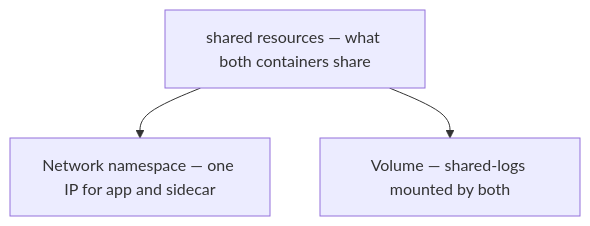
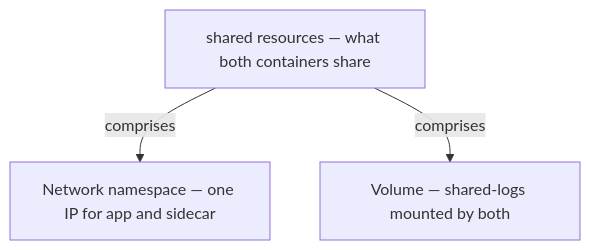
One commit to vinayakuber/microservices-io-study-guide changed the seventh of 13 diagrams in docs/ch42-sidecar.md. Above: the diagram before and after it, drawn with Mermaid. The commit also changed other lines of this file and 71 other files, not shown here.

First line of the commit message:
R18: label every diagram arrow with its meaning

````diff
--- a/docs/ch42-sidecar.md
+++ b/docs/ch42-sidecar.md
@@ -216,6 +216,6 @@
 ```mermaid
 flowchart TD
   R["shared resources — what both containers share"]
-  R --> P0["Network namespace — one IP for app and sidecar"]
-  R --> P1["Volume — shared-logs mounted by both"]
+  R -->|"comprises"| P0["Network namespace — one IP for app and sidecar"]
+  R -->|"comprises"| P1["Volume — shared-logs mounted by both"]
 ```
````
